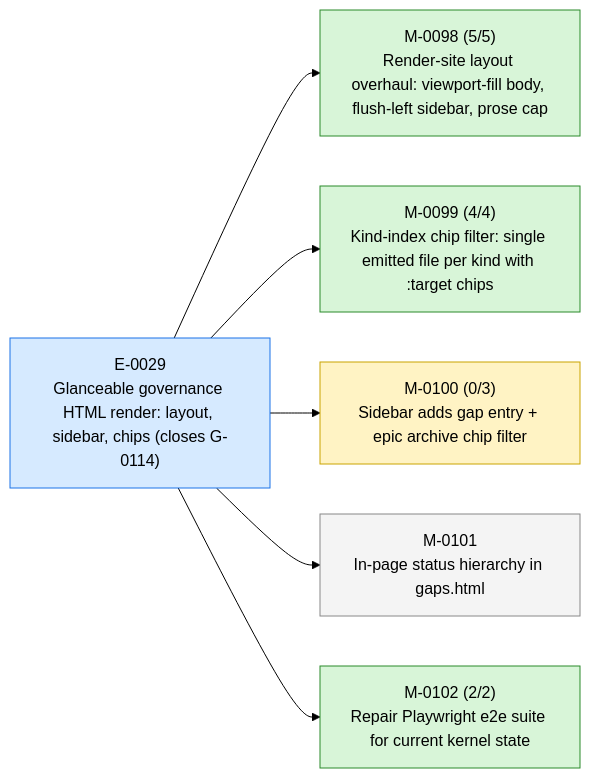
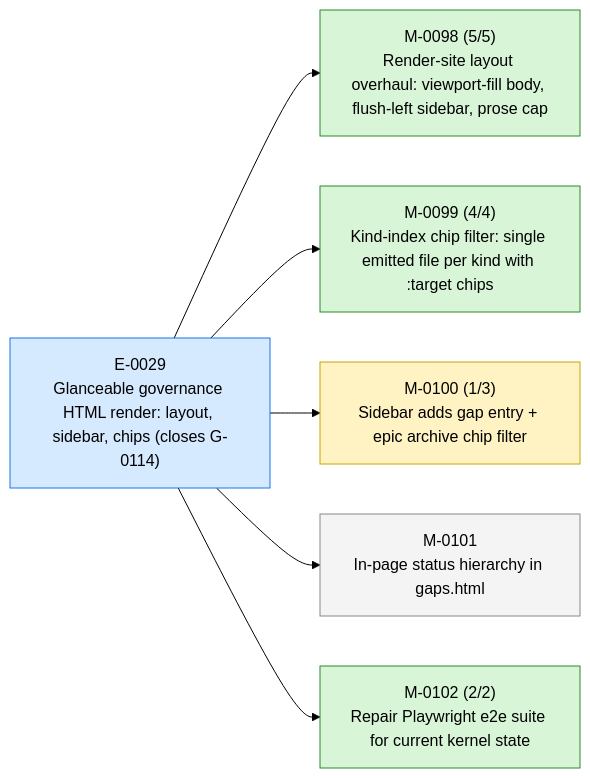
The first of 3 diagrams in STATUS.md (23min/aiwf), drawn with Mermaid (forest theme) before and after one commit. The commit also changed other lines of this file and 1 other file, not shown here.

````diff
--- a/STATUS.md
+++ b/STATUS.md
@@ -17,20 +17,20 @@
 ```mermaid
 flowchart LR
   E_0029["E-0029<br/>Glanceable governance HTML render: layout, sidebar, chips (closes G-0114)"]:::epic_active
   M_0098["M-0098 (5/5)<br/>Render-site layout overhaul: viewport-fill body, flush-left sidebar, prose cap"]:::ms_done
   E_0029 --> M_0098
   M_0099["M-0099 (4/4)<br/>Kind-index chip filter: single emitted file per kind with :target chips"]:::ms_done
   E_0029 --> M_0099
-  M_0100["M-0100 (0/3)<br/>Sidebar adds gap entry + epic archive chip filter"]:::ms_in_progress
+  M_0100["M-0100 (1/3)<br/>Sidebar adds gap entry + epic archive chip filter"]:::ms_in_progress
   E_0029 --> M_0100
   M_0101["M-0101<br/>In-page status hierarchy in gaps.html"]:::ms_draft
   E_0029 --> M_0101
   M_0102["M-0102 (2/2)<br/>Repair Playwright e2e suite for current kernel state"]:::ms_done
   E_0029 --> M_0102
   classDef epic_active fill:#d6eaff,stroke:#1a73e8,color:#000
   classDef epic_proposed fill:#f4f4f4,stroke:#888,color:#000
   classDef ms_done fill:#d8f5d8,stroke:#2a8a2a,color:#000
   classDef ms_in_progress fill:#fff3c4,stroke:#caa400,color:#000
   classDef ms_draft fill:#f4f4f4,stroke:#888,color:#000
   classDef ms_cancelled fill:#fbeaea,stroke:#c33,color:#000
 ```
````
